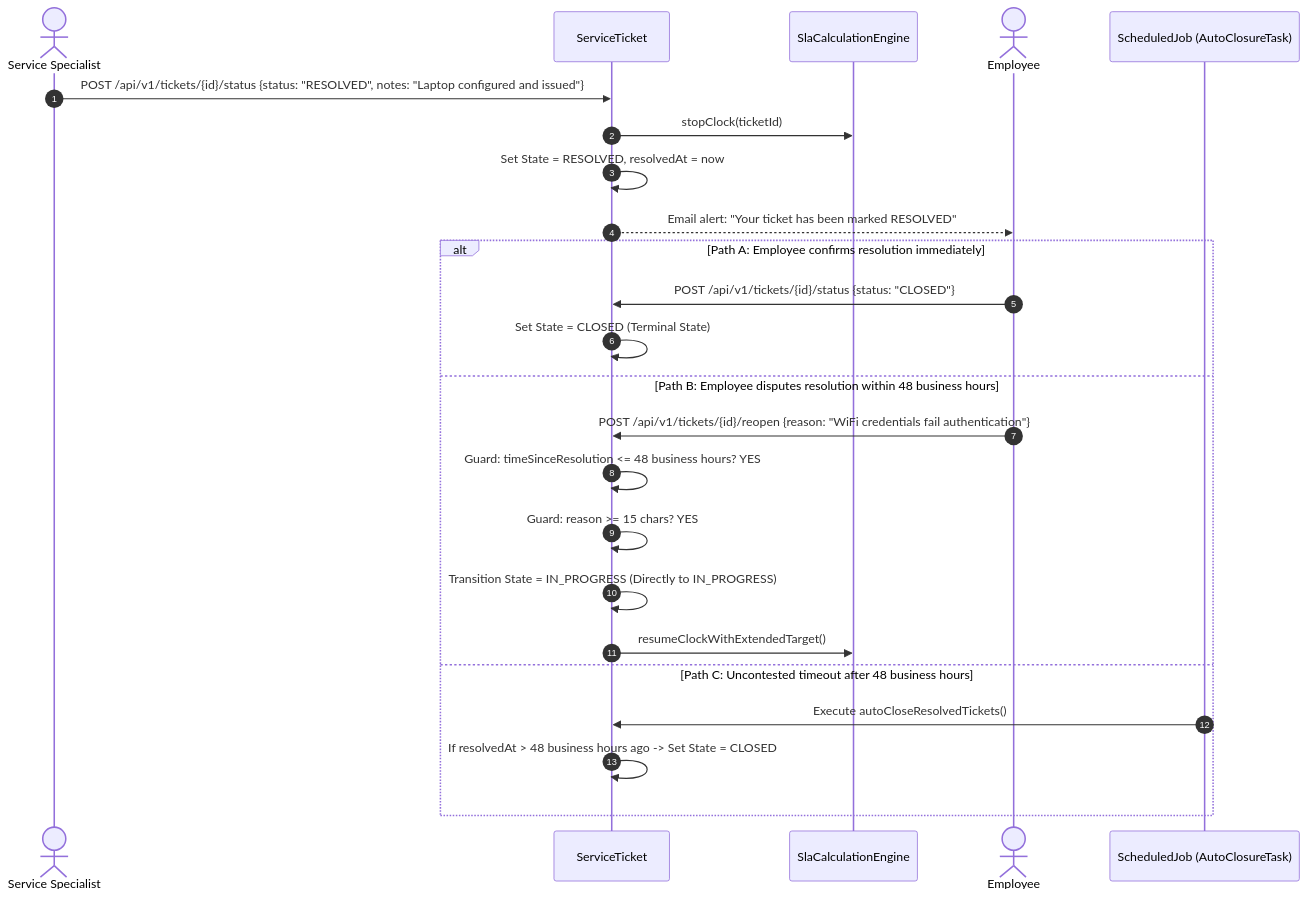
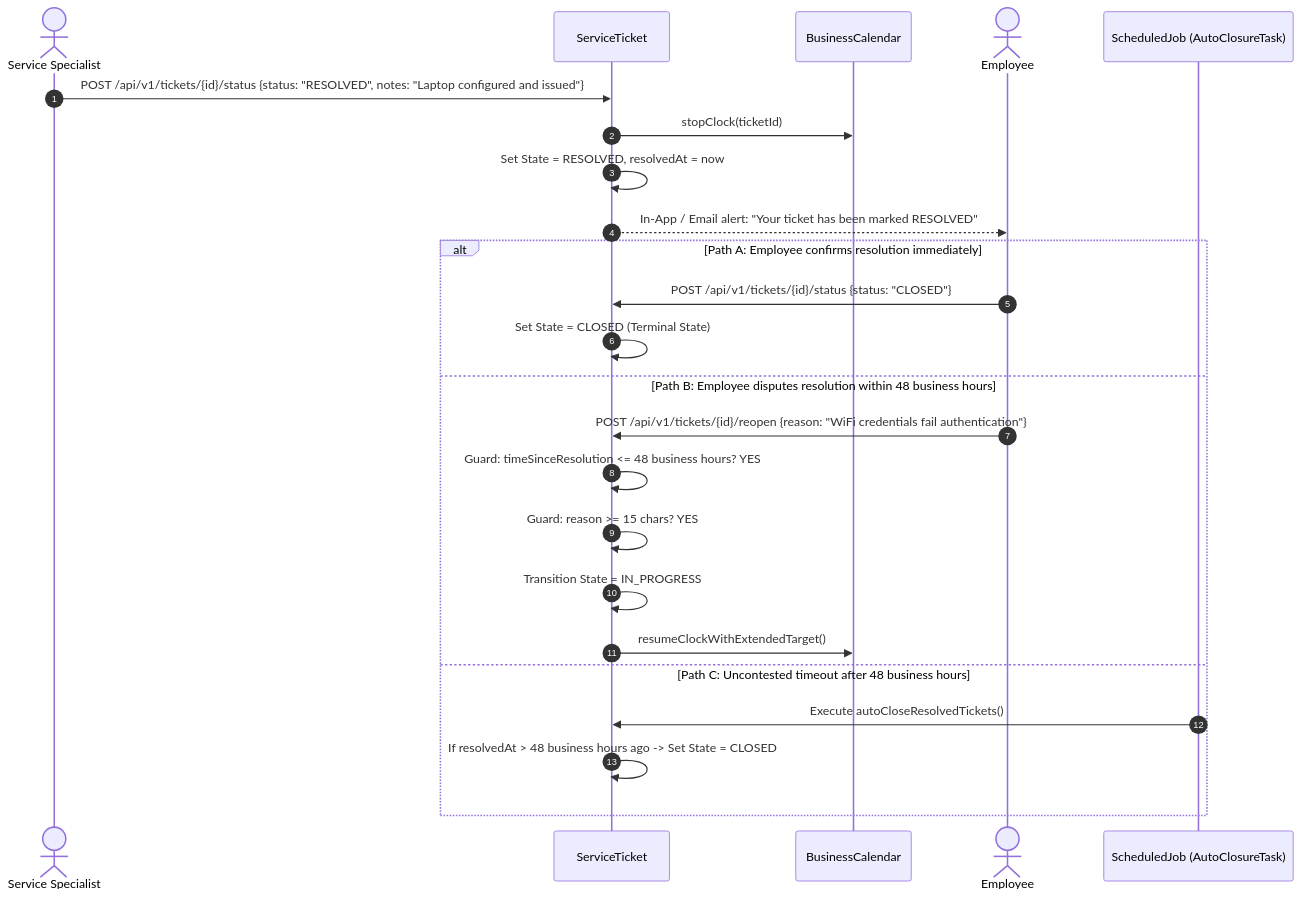
The seventh of 9 diagrams in docs/architecture/HLD.md (iyyappanecys033/EMPORA), drawn with Mermaid before and after one commit. The commit also changed other lines of this file and 20 other files, not shown here.

````diff
--- a/docs/architecture/HLD.md
+++ b/docs/architecture/HLD.md
@@ -322,28 +348,28 @@
 ```mermaid
 sequenceDiagram
     autonumber
     actor Resolver as Service Specialist
     participant Ticket as ServiceTicket
-    participant Sla as SlaCalculationEngine
+    participant Sla as BusinessCalendar
     actor Emp as Employee
     participant Cron as ScheduledJob (AutoClosureTask)
 
     Resolver->>Ticket: POST /api/v1/tickets/{id}/status {status: "RESOLVED", notes: "Laptop configured and issued"}
     Ticket->>Sla: stopClock(ticketId)
     Ticket->>Ticket: Set State = RESOLVED, resolvedAt = now
-    Ticket-->>Emp: Email alert: "Your ticket has been marked RESOLVED"
+    Ticket-->>Emp: In-App / Email alert: "Your ticket has been marked RESOLVED"
 
     alt Path A: Employee confirms resolution immediately
         Emp->>Ticket: POST /api/v1/tickets/{id}/status {status: "CLOSED"}
         Ticket->>Ticket: Set State = CLOSED (Terminal State)
     else Path B: Employee disputes resolution within 48 business hours
         Emp->>Ticket: POST /api/v1/tickets/{id}/reopen {reason: "WiFi credentials fail authentication"}
         Ticket->>Ticket: Guard: timeSinceResolution <= 48 business hours? YES
         Ticket->>Ticket: Guard: reason >= 15 chars? YES
-        Ticket->>Ticket: Transition State = IN_PROGRESS (Directly to IN_PROGRESS)
+        Ticket->>Ticket: Transition State = IN_PROGRESS
         Ticket->>Sla: resumeClockWithExtendedTarget()
     else Path C: Uncontested timeout after 48 business hours
         Cron->>Ticket: Execute autoCloseResolvedTickets()
         Ticket->>Ticket: If resolvedAt > 48 business hours ago -> Set State = CLOSED
     end
 ```
````
